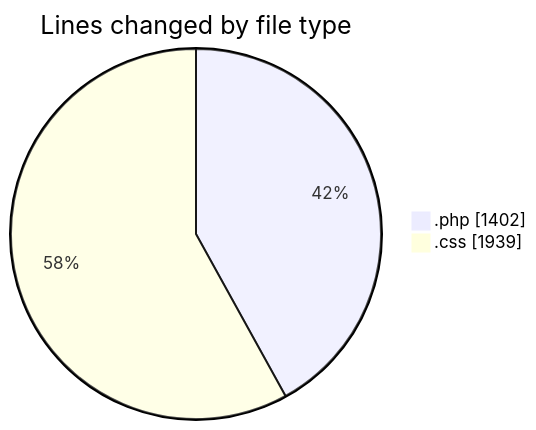
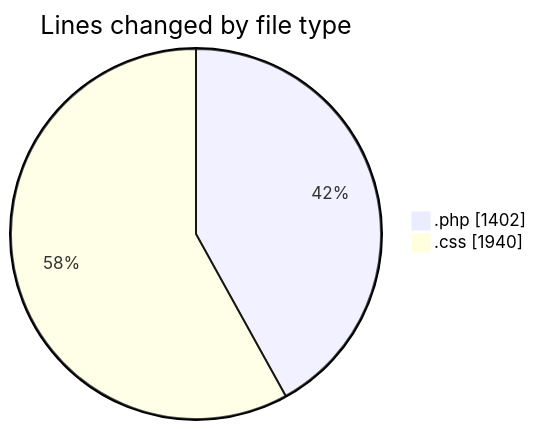
One commit to debugP/code-tracking changed the first of 2 diagrams in 2025-10-23/untitled__workspace_/README.md. Above: the diagram before and after it, drawn with Mermaid. The commit also changed other lines of this file and 1 other file, not shown here.

````diff
--- a/2025-10-23/untitled__workspace_/README.md
+++ b/2025-10-23/untitled__workspace_/README.md
@@ -21,6 +21,6 @@
 ```mermaid
 pie showData
 title Lines changed by file type
 ".php" : 1402
-".css" : 1939
+".css" : 1940
 ```
````
